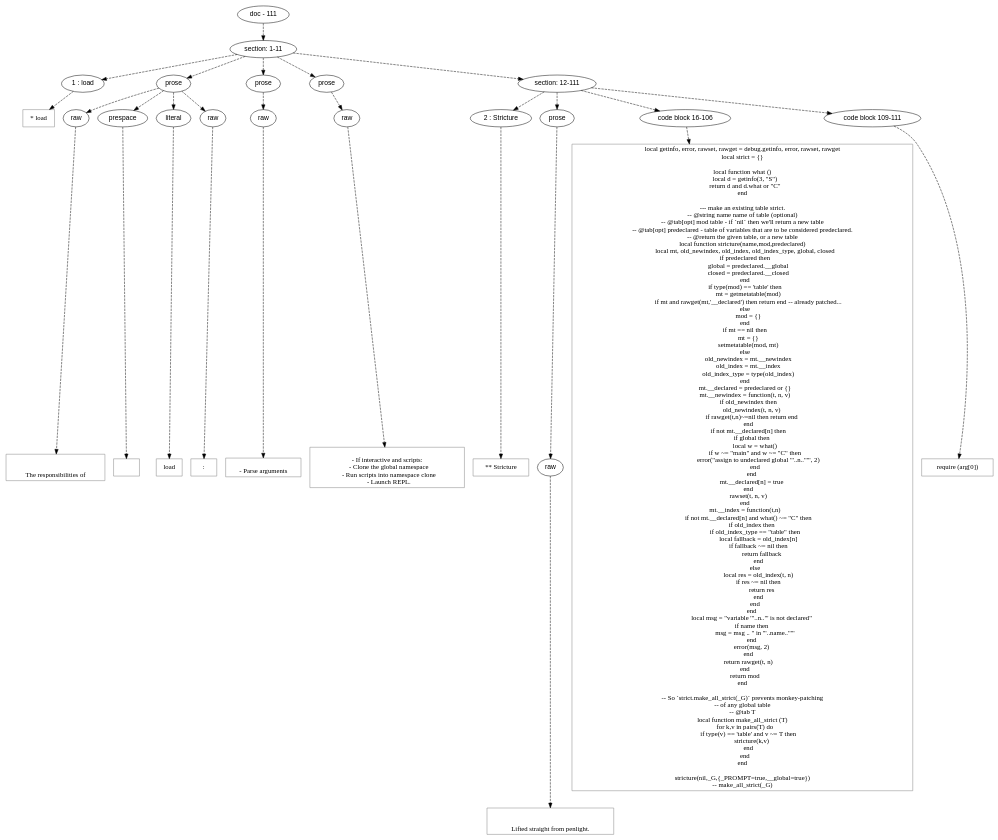
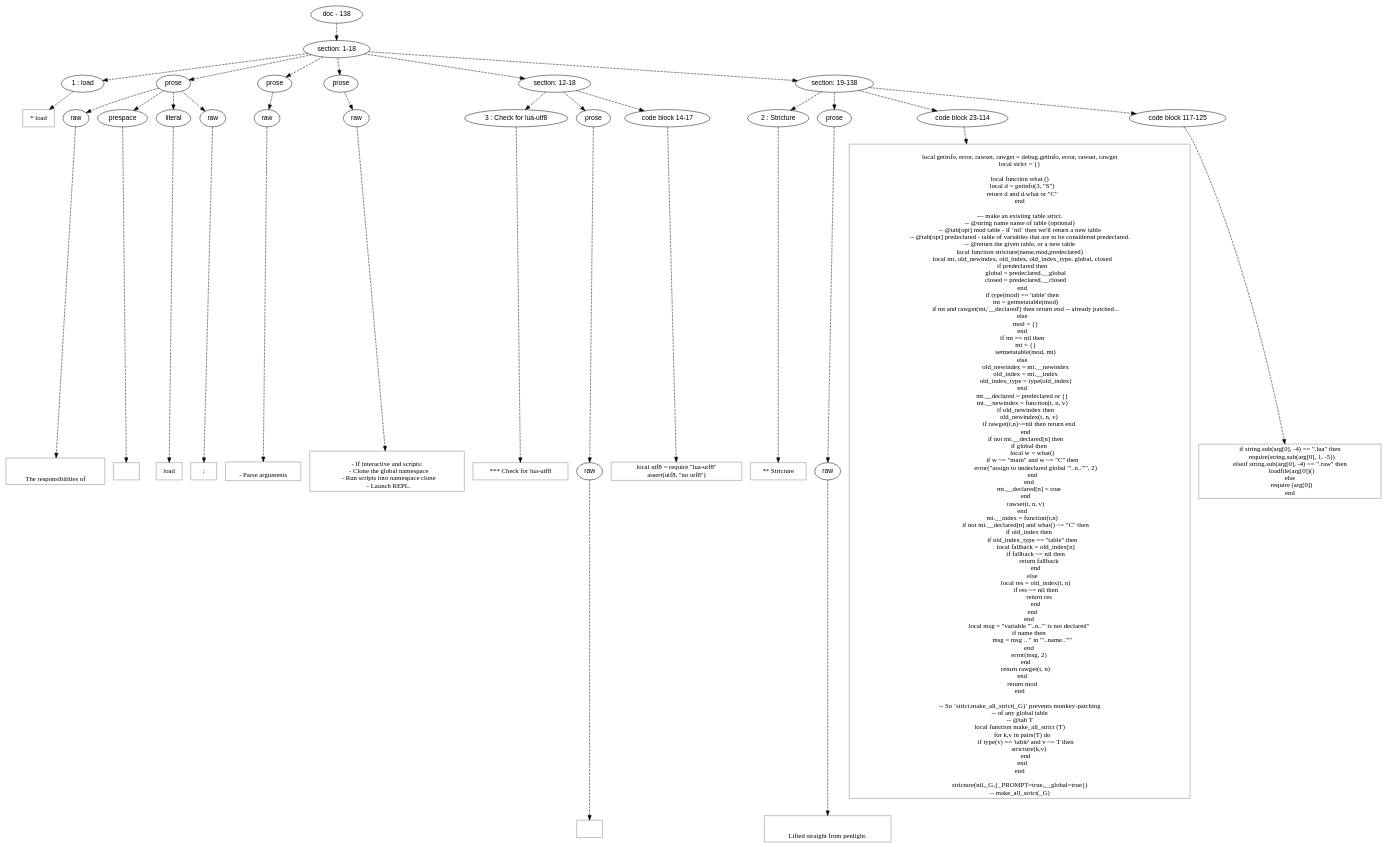
Before and after one commit to orb-lang/pylon: the diagram in doc/dot/load.dot, drawn with Graphviz. The commit also changed 1535 other files, not shown here.

Commit message:
Add luautf8 and (incidentally) a ton of other stuff. gotta figure out fossil ignore at some point.

```diff
--- a/doc/dot/load.dot
+++ b/doc/dot/load.dot
@@ -3,19 +3,19 @@
 node [fontname=Helvetica]
 edge [style=dashed]
 
-doc_0 [label="doc - 111"]
+doc_0 [label="doc - 138"]
 
 
 doc_0 -> { section_1}
 {rank=same; section_1}
 
-section_1 [label="section: 1-11"]
+section_1 [label="section: 1-18"]
 
 
 // END RANK doc_0
 
-section_1 -> { header_2 prose_3 prose_4 prose_5 section_6}
-{rank=same; header_2 prose_3 prose_4 prose_5 section_6}
+section_1 -> { header_2 prose_3 prose_4 prose_5 section_6 section_7}
+{rank=same; header_2 prose_3 prose_4 prose_5 section_6 section_7}
 
 header_2 [label="1 : load"]
 
@@ -25,114 +25,151 @@
 
 prose_5 [label="prose"]
 
-section_6 [label="section: 12-111"]
+section_6 [label="section: 12-18"]
+
+section_7 [label="section: 19-138"]
 
 
 // END RANK section_1
 
-header_2 -> leaf_7
-leaf_7  [color=Gray,shape=rectangle,fontname=Inconsolata,label="* load"]
+header_2 -> leaf_8
+leaf_8  [color=Gray,shape=rectangle,fontname=Inconsolata,label="* load"]
 // END RANK header_2
 
-prose_3 -> { raw_8 prespace_9 literal_10 raw_11}
-{rank=same; raw_8 prespace_9 literal_10 raw_11}
+prose_3 -> { raw_9 prespace_10 literal_11 raw_12}
+{rank=same; raw_9 prespace_10 literal_11 raw_12}
 
-raw_8 [label="raw"]
+raw_9 [label="raw"]
 
-prespace_9 [label="prespace"]
+prespace_10 [label="prespace"]
 
-literal_10 [label="literal"]
+literal_11 [label="literal"]
 
-raw_11 [label="raw"]
+raw_12 [label="raw"]
 
 
 // END RANK prose_3
 
-raw_8 -> leaf_12
-leaf_12  [color=Gray,shape=rectangle,fontname=Inconsolata,label="
+raw_9 -> leaf_13
+leaf_13  [color=Gray,shape=rectangle,fontname=Inconsolata,label="
 
 The responsibilities of"]
-// END RANK raw_8
+// END RANK raw_9
 
-prespace_9 -> leaf_13
-leaf_13  [color=Gray,shape=rectangle,fontname=Inconsolata,label=" "]
-// END RANK prespace_9
+prespace_10 -> leaf_14
+leaf_14  [color=Gray,shape=rectangle,fontname=Inconsolata,label=" "]
+// END RANK prespace_10
 
-literal_10 -> leaf_14
-leaf_14  [color=Gray,shape=rectangle,fontname=Inconsolata,label="load"]
-// END RANK literal_10
+literal_11 -> leaf_15
+leaf_15  [color=Gray,shape=rectangle,fontname=Inconsolata,label="load"]
+// END RANK literal_11
 
-raw_11 -> leaf_15
-leaf_15  [color=Gray,shape=rectangle,fontname=Inconsolata,label=":
+raw_12 -> leaf_16
+leaf_16  [color=Gray,shape=rectangle,fontname=Inconsolata,label=":
 "]
-// END RANK raw_11
+// END RANK raw_12
 
-prose_4 -> { raw_16}
-{rank=same; raw_16}
+prose_4 -> { raw_17}
+{rank=same; raw_17}
 
-raw_16 [label="raw"]
+raw_17 [label="raw"]
 
 
 // END RANK prose_4
 
-raw_16 -> leaf_17
-leaf_17  [color=Gray,shape=rectangle,fontname=Inconsolata,label="
+raw_17 -> leaf_18
+leaf_18  [color=Gray,shape=rectangle,fontname=Inconsolata,label="
 - Parse arguments
 "]
-// END RANK raw_16
+// END RANK raw_17
 
-prose_5 -> { raw_18}
-{rank=same; raw_18}
+prose_5 -> { raw_19}
+{rank=same; raw_19}
 
-raw_18 [label="raw"]
+raw_19 [label="raw"]
 
 
 // END RANK prose_5
 
-raw_18 -> leaf_19
-leaf_19  [color=Gray,shape=rectangle,fontname=Inconsolata,label="
+raw_19 -> leaf_20
+leaf_20  [color=Gray,shape=rectangle,fontname=Inconsolata,label="
 - If interactive and scripts:
    - Clone the global namespace
    - Run scripts into namespace clone
    - Launch REPL.
 "]
-// END RANK raw_18
+// END RANK raw_19
 
-section_6 -> { header_20 prose_21 codeblock_22 codeblock_23}
-{rank=same; header_20 prose_21 codeblock_22 codeblock_23}
+section_6 -> { header_21 prose_22 codeblock_23}
+{rank=same; header_21 prose_22 codeblock_23}
 
-header_20 [label="2 : Stricture"]
+header_21 [label="3 : Check for lua-utf8"]
 
-prose_21 [label="prose"]
+prose_22 [label="prose"]
 
-codeblock_22 [label="code block 16-106"]
-
-codeblock_23 [label="code block 109-111"]
+codeblock_23 [label="code block 14-17"]
 
 
 // END RANK section_6
 
-header_20 -> leaf_24
-leaf_24  [color=Gray,shape=rectangle,fontname=Inconsolata,label="** Stricture"]
-// END RANK header_20
+header_21 -> leaf_24
+leaf_24  [color=Gray,shape=rectangle,fontname=Inconsolata,label="*** Check for lua-utf8"]
+// END RANK header_21
 
-prose_21 -> { raw_25}
+prose_22 -> { raw_25}
 {rank=same; raw_25}
 
 raw_25 [label="raw"]
 
 
-// END RANK prose_21
+// END RANK prose_22
 
 raw_25 -> leaf_26
 leaf_26  [color=Gray,shape=rectangle,fontname=Inconsolata,label="
+"]
+// END RANK raw_25
+
+codeblock_23 -> leaf_27
+leaf_27  [color=Gray,shape=rectangle,fontname=Inconsolata,label="local utf8 = require \"lua-utf8\"
+assert(utf8, \"no utf8\")"]
+// END RANK codeblock_23
+
+section_7 -> { header_28 prose_29 codeblock_30 codeblock_31}
+{rank=same; header_28 prose_29 codeblock_30 codeblock_31}
+
+header_28 [label="2 : Stricture"]
+
+prose_29 [label="prose"]
+
+codeblock_30 [label="code block 23-114"]
+
+codeblock_31 [label="code block 117-125"]
+
+
+// END RANK section_7
+
+header_28 -> leaf_32
+leaf_32  [color=Gray,shape=rectangle,fontname=Inconsolata,label="** Stricture"]
+// END RANK header_28
+
+prose_29 -> { raw_33}
+{rank=same; raw_33}
+
+raw_33 [label="raw"]
+
+
+// END RANK prose_29
+
+raw_33 -> leaf_34
+leaf_34  [color=Gray,shape=rectangle,fontname=Inconsolata,label="
 
 Lifted straight from penlight.
 "]
-// END RANK raw_25
+// END RANK raw_33
 
-codeblock_22 -> leaf_27
-leaf_27  [color=Gray,shape=rectangle,fontname=Inconsolata,label="local getinfo, error, rawset, rawget = debug.getinfo, error, rawset, rawget
+codeblock_30 -> leaf_35
+leaf_35  [color=Gray,shape=rectangle,fontname=Inconsolata,label="
+local getinfo, error, rawset, rawget = debug.getinfo, error, rawset, rawget
 local strict = {}
 
 local function what ()
@@ -221,11 +258,17 @@
 
 stricture(nil,_G,{_PROMPT=true,__global=true})
 -- make_all_strict(_G)"]
-// END RANK codeblock_22
+// END RANK codeblock_30
 
-codeblock_23 -> leaf_28
-leaf_28  [color=Gray,shape=rectangle,fontname=Inconsolata,label="require (arg[0])"]
-// END RANK codeblock_23
+codeblock_31 -> leaf_36
+leaf_36  [color=Gray,shape=rectangle,fontname=Inconsolata,label="if string.sub(arg[0], -4) == \".lua\" then
+   require(string.sub(arg[0], 1, -5))
+elseif string.sub(arg[0], -4) == \".raw\" then
+   loadfile(arg[0])()
+else
+   require (arg[0])
+end"]
+// END RANK codeblock_31
 
 
 }
```
